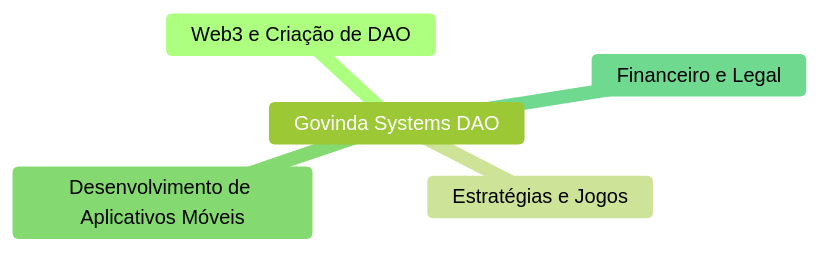
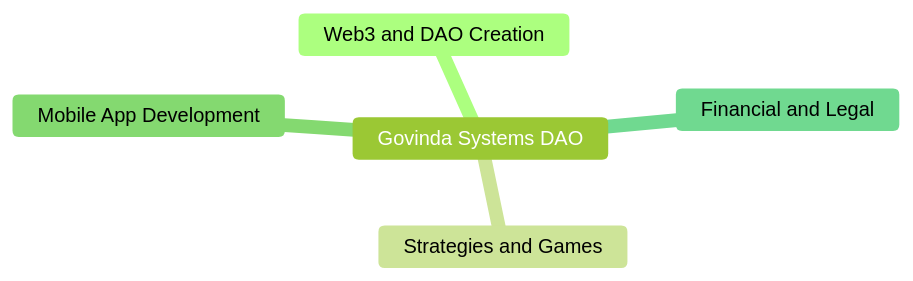
One commit to govinda777/ai_govinda_systems_dao changed the first of 3 diagrams in README.md. Above: the diagram before and after it, drawn with Mermaid (forest theme). The commit also changed other lines of this file and 1 other file, not shown here.

`````diff
--- a/README.md
+++ b/README.md
@@ -15,8 +23,8 @@
 ```mermaid
 mindmap
   Govinda Systems DAO
-    Web3 e Criação de DAO
-    Estratégias e Jogos
-    Desenvolvimento de Aplicativos Móveis
-    Financeiro e Legal
+    Web3 and DAO Creation
+    Strategies and Games
+    Mobile App Development
+    Financial and Legal
 ````
`````
